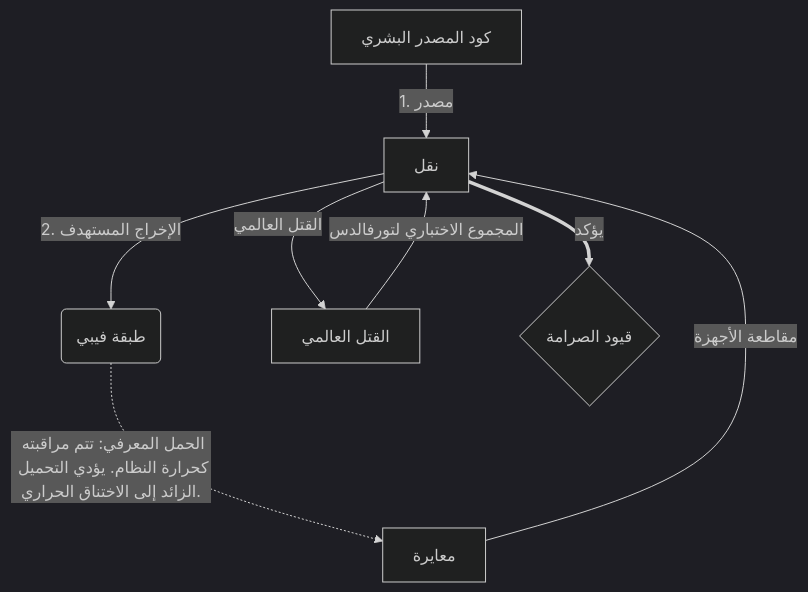
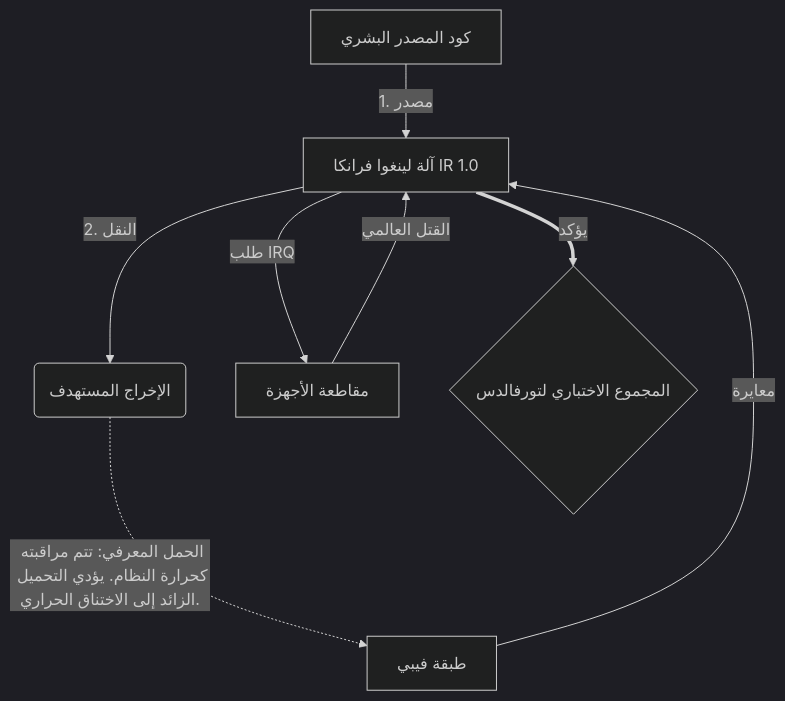
The diagram in README.student.ar.md (0compute/machine), drawn with Mermaid (dark theme) before and after one commit. The commit also changed other lines of this file and 103 other files, not shown here.

````diff
--- a/README.student.ar.md
+++ b/README.student.ar.md
@@ -93,10 +93,10 @@
 ```mermaid
 graph TD
-    A[كود المصدر البشري] -->|1. مصدر| B[نقل]
-    B -->|2. الإخراج المستهدف| C(طبقة فيبي)
-    C -.->|الحمل المعرفي: تتم مراقبته كحرارة النظام. يؤدي التحميل الزائد إلى الاختناق الحراري.| G[معايرة]
-    G -->|مقاطعة الأجهزة| B
-    B -->|القتل العالمي| H[القتل العالمي]
-    H -->|المجموع الاختباري لتورفالدس| B
-    B == يؤكد ==> I{قيود الصرامة}
+    A[كود المصدر البشري] -->|1. مصدر| B[آلة لينغوا فرانكا IR 1.0]
+    B -->|2. النقل| C(الإخراج المستهدف)
+    C -.->|الحمل المعرفي: تتم مراقبته كحرارة النظام. يؤدي التحميل الزائد إلى الاختناق الحراري.| G[طبقة فيبي]
+    G -->|معايرة| B
+    B -->|طلب IRQ| H[مقاطعة الأجهزة]
+    H -->|القتل العالمي| B
+    B == يؤكد ==> I{المجموع الاختباري لتورفالدس}
 ```
````
